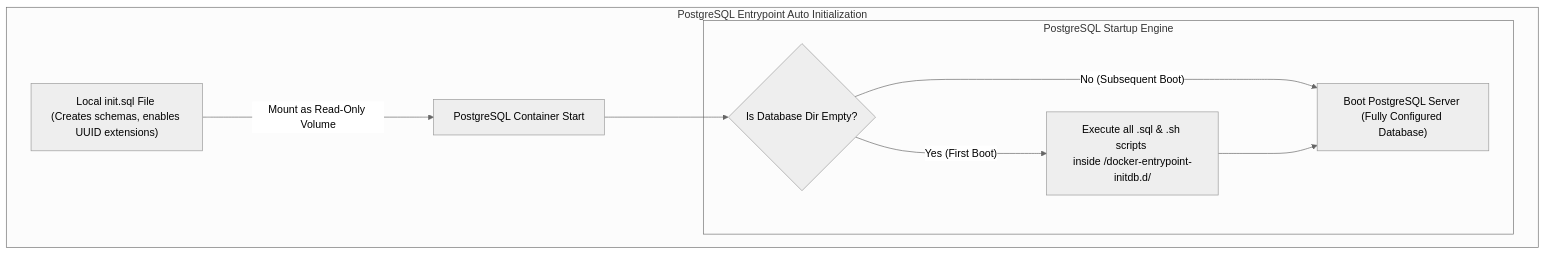
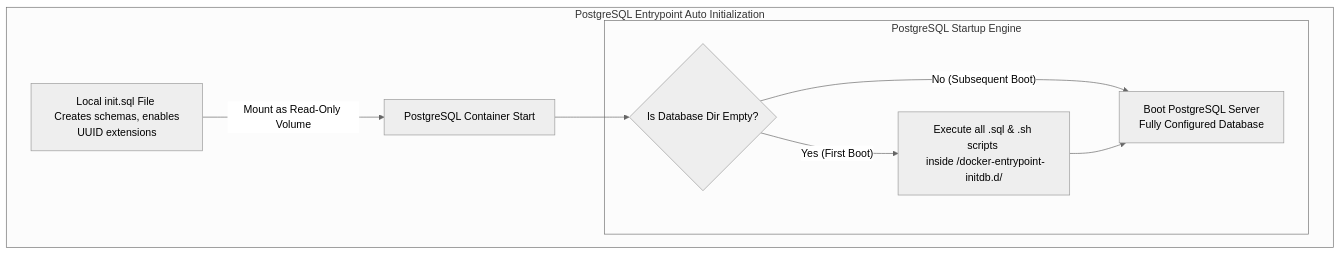
Diagram 33 of 35 in content/docker.md (awoladhossain/awolad-docs), drawn with Mermaid (neutral theme) before and after one commit. The commit also changed other lines of this file and 1 other file, not shown here.

Commit message:
fix: resolve all remaining Mermaid syntax parsing errors in docker.md and networking.md

````diff
--- a/content/docker.md
+++ b/content/docker.md
@@ -2316,19 +2316,19 @@
 ```mermaid
 flowchart TD
-    subgraph AutoDBInit [PostgreSQL Entrypoint Auto Initialization]
-        HostSQL["Local init.sql File <br>(Creates schemas, enables UUID extensions)"]
+    subgraph AutoDBInit ["PostgreSQL Entrypoint Auto Initialization"]
+        HostSQL["Local init.sql File <br> Creates schemas, enables UUID extensions"]
         PostgresContainer["PostgreSQL Container Start"]
         
-        subgraph PostgresEngine [PostgreSQL Startup Engine]
+        subgraph PostgresEngine ["PostgreSQL Startup Engine"]
             CheckDir{"Is Database Dir Empty?"}
-            RunScripts["Execute all .sql & .sh scripts <br>inside /docker-entrypoint-initdb.d/"]
-            BootDB["Boot PostgreSQL Server <br>(Fully Configured Database)"]
+            RunScripts["Execute all .sql & .sh scripts <br> inside /docker-entrypoint-initdb.d/"]
+            BootDB["Boot PostgreSQL Server <br> Fully Configured Database"]
         end
         
-        HostSQL --->|Mount as Read-Only Volume| PostgresContainer
-        PostgresContainer ---> CheckDir
-        CheckDir --->|"Yes (First Boot)"| RunScripts
-        CheckDir --->|"No (Subsequent Boot)"| BootDB
-        RunScripts ---> BootDB
+        HostSQL -->|"Mount as Read-Only Volume"| PostgresContainer
+        PostgresContainer --> CheckDir
+        CheckDir -->|"Yes (First Boot)"| RunScripts
+        CheckDir -->|"No (Subsequent Boot)"| BootDB
+        RunScripts --> BootDB
     end
 ```
````
